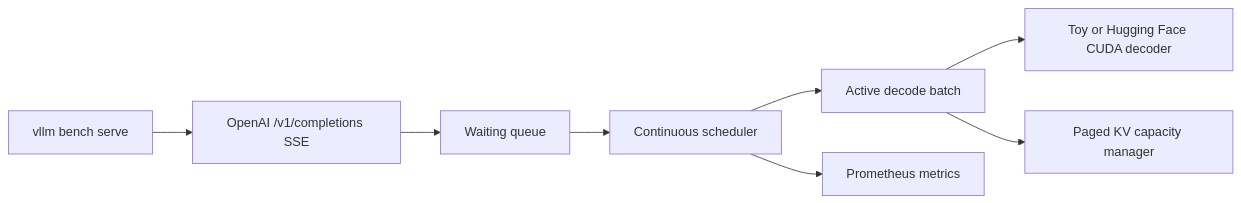
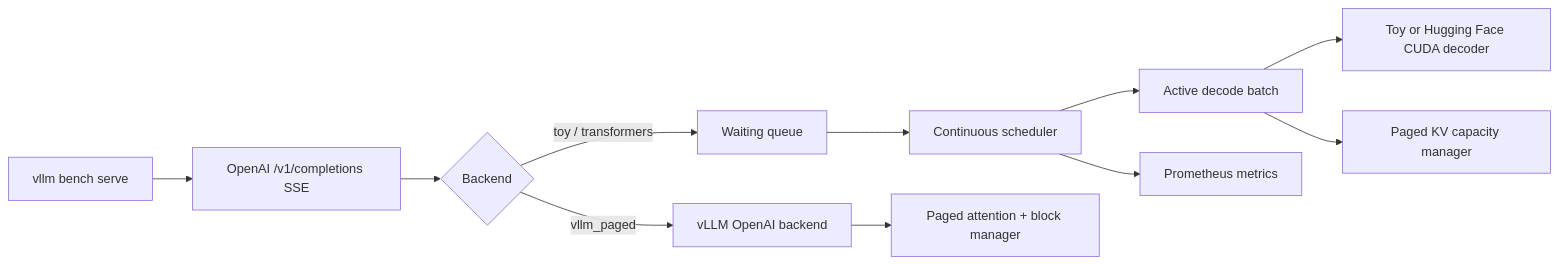
Before and after one commit to souvikDevloper/InferEngine: the diagram in README.md, drawn with Mermaid. The commit also changed other lines of this file and 8 other files, not shown here.

Commit message:
Add vLLM paged attention backend

````diff
--- a/README.md
+++ b/README.md
@@ -36,10 +37,13 @@
 ```mermaid
 flowchart LR
     V["vllm bench serve"] --> O["OpenAI /v1/completions SSE"]
-    O --> Q[Waiting queue]
+    O --> B{Backend}
+    B -->|toy / transformers| Q[Waiting queue]
     Q --> S[Continuous scheduler]
     S --> A[Active decode batch]
     A --> M[Toy or Hugging Face CUDA decoder]
     A --> K[Paged KV capacity manager]
     S --> P[Prometheus metrics]
+    B -->|vllm_paged| X[vLLM OpenAI backend]
+    X --> Y[Paged attention + block manager]
 ```
````
